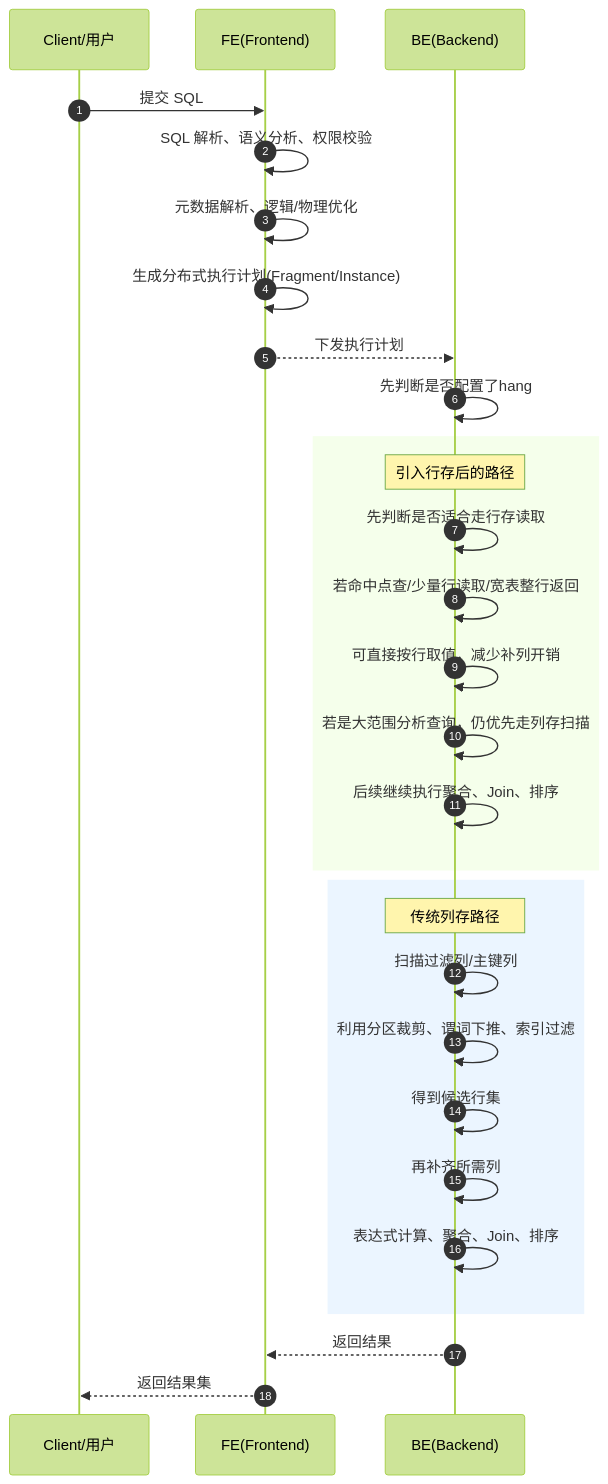
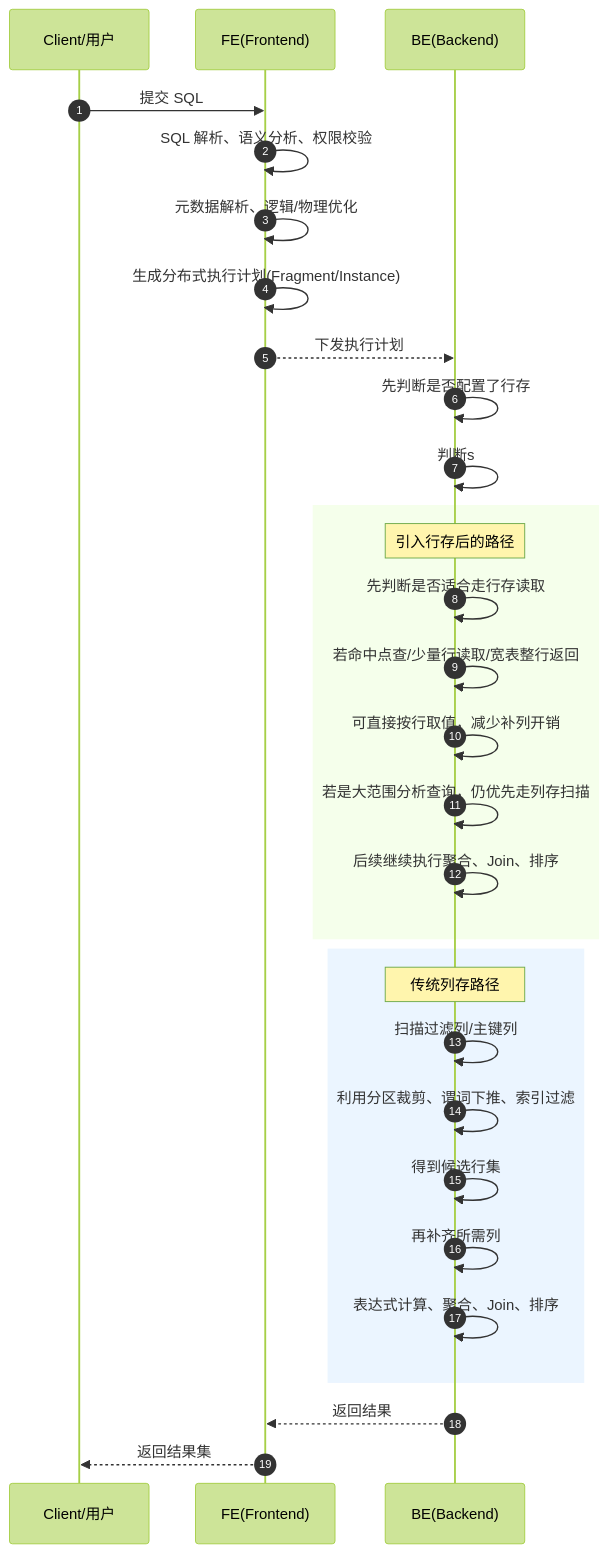
The diagram in all/未命名-4.md (HY-10-8/iodraw-files), drawn with Mermaid (forest theme) before and after one commit.

Commit message:
2026-04-22 17:38:16 update

````diff
--- a/all/未命名-4.md
+++ b/all/未命名-4.md
@@ -1,47 +1,49 @@
 ```mermaid
 sequenceDiagram
     autonumber
 
     participant Client as Client/用户
     participant FE as FE(Frontend)
     participant BE as BE(Backend)
     
     Client->>FE: 提交 SQL
     FE->>FE: SQL 解析、语义分析、权限校验
     FE->>FE: 元数据解析、逻辑/物理优化
     FE->>FE: 生成分布式执行计划(Fragment/Instance)
     FE-->>BE: 下发执行计划
 
-    BE->>BE: 先判断是否配置了hang
+    BE->>BE: 先判断是否配置了行存
+    BE->>BE: 判断s
+
 
     rect rgb(245,255,235)
         Note over BE: 引入行存后的路径
         BE->>BE: 先判断是否适合走行存读取
         BE->>BE: 若命中点查/少量行读取/宽表整行返回
         BE->>BE: 可直接按行取值，减少补列开销
         BE->>BE: 若是大范围分析查询，仍优先走列存扫描
         BE->>BE: 后续继续执行聚合、Join、排序
     end
 
 
     rect rgb(235,245,255)
         Note over BE: 传统列存路径
         BE->>BE: 扫描过滤列/主键列
         BE->>BE: 利用分区裁剪、谓词下推、索引过滤
         BE->>BE: 得到候选行集
         BE->>BE: 再补齐所需列
         BE->>BE: 表达式计算、聚合、Join、排序
     end
 
     BE-->>FE: 返回结果
     FE-->>Client: 返回结果集
 
 
 
 
 
 
 
 
 
 ```
````
